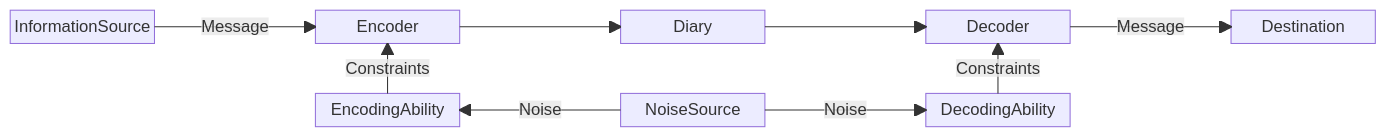
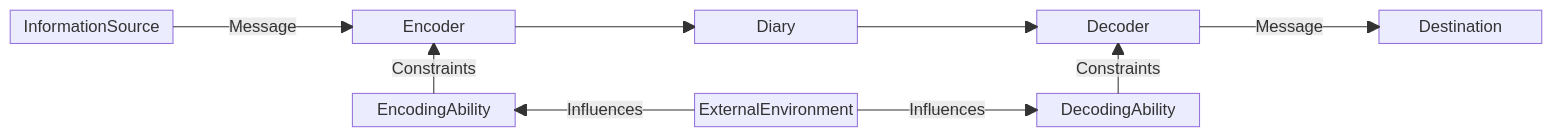
The diagram in README.md (serioustomo/MadonoCommunicationProtocol), drawn with Mermaid before and after one commit. The commit also changed other lines of this file, not shown here.

````diff
--- a/README.md
+++ b/README.md
@@ -23,21 +23,21 @@
 ```mermaid
 block-beta
 columns 9
   InformationSource space:1 Encoder space:1  Diary space:1 Decoder space:1 Destination
   space:9
   space:2
   EncodingAbility
   space:1
-  NoiseSource
+  ExternalEnvironment
   space:1
   DecodingAbility
   space:2
   InformationSource -- "Message" --> Encoder
   Encoder --> Diary
   Diary --> Decoder
   Decoder -- "Message" --> Destination
   EncodingAbility -- "Constraints" --> Encoder
   DecodingAbility -- "Constraints" --> Decoder
-  NoiseSource -- "Noise" --> EncodingAbility
-  NoiseSource -- "Noise" --> DecodingAbility
+  ExternalEnvironment -- "Influences" --> EncodingAbility
+  ExternalEnvironment -- "Influences" --> DecodingAbility
 ```
````
